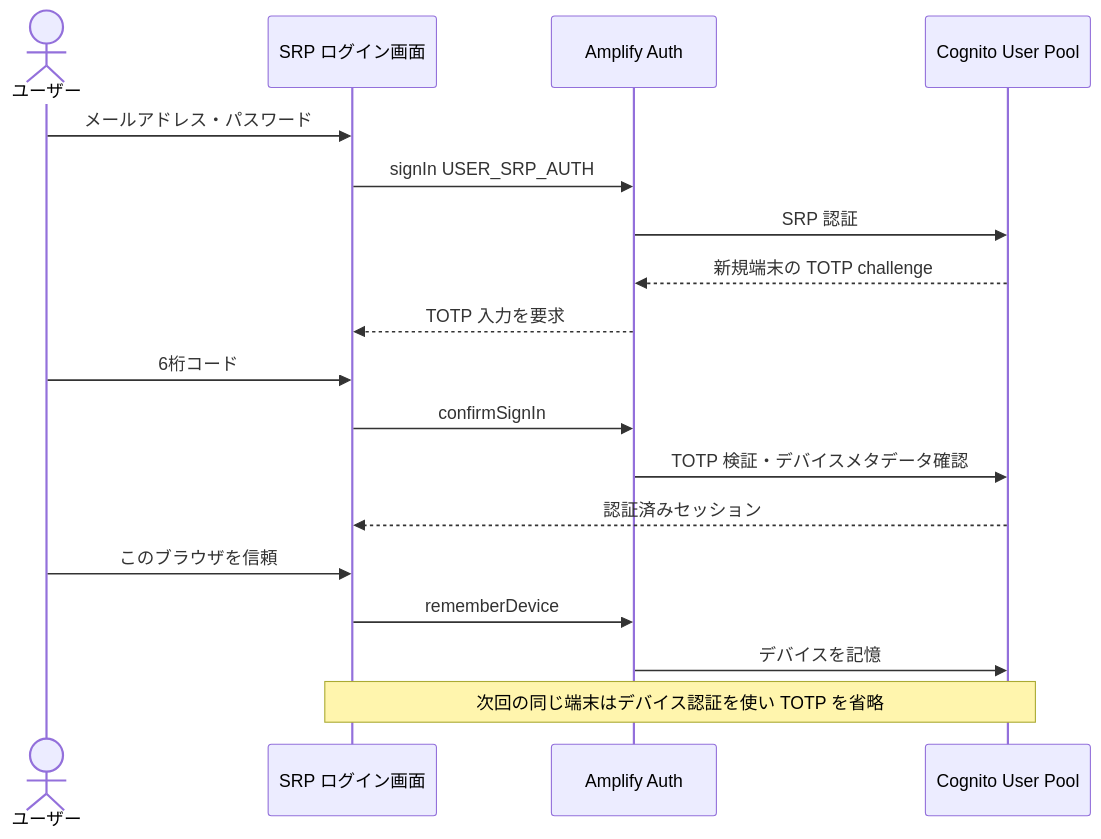
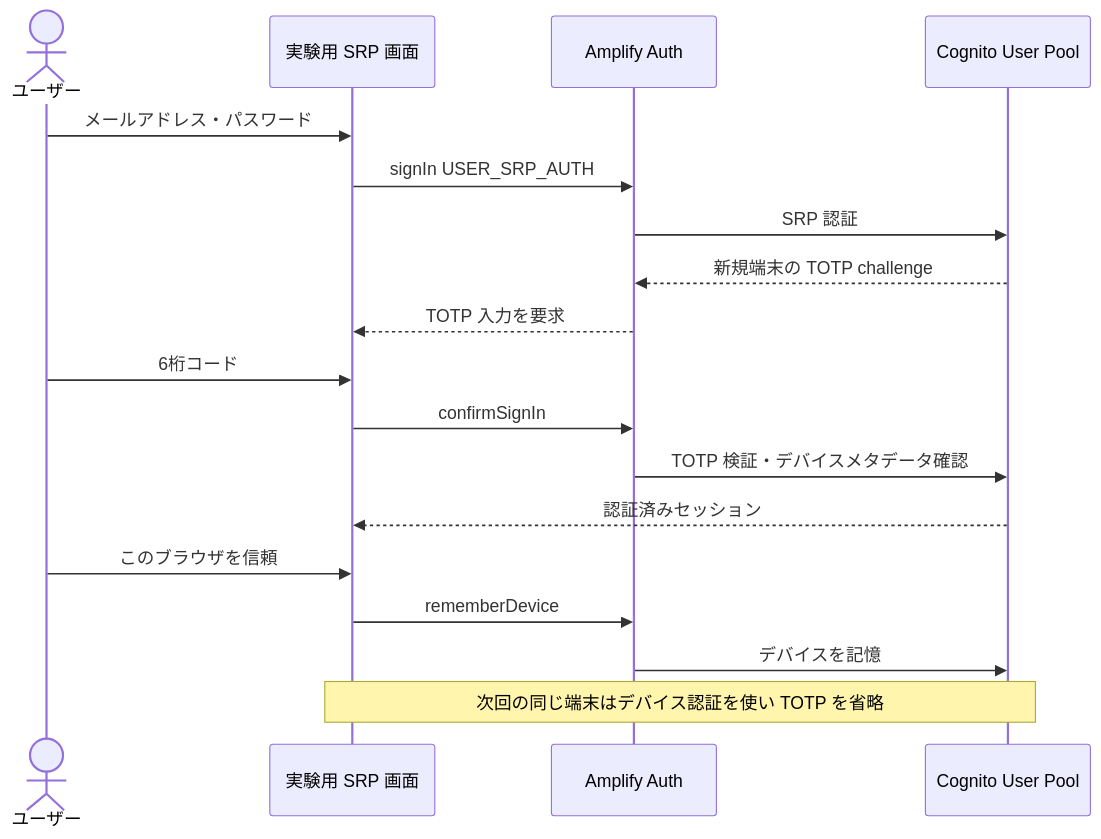
The diagram in docs/poc/008-trusted-device.md (tayutaedomo/react-cognito-sandbox), drawn with Mermaid before and after one commit. The commit also changed other lines of this file and 6 other files, not shown here.

````diff
--- a/docs/poc/008-trusted-device.md
+++ b/docs/poc/008-trusted-device.md
@@ -32,20 +32,20 @@
 ```mermaid
 sequenceDiagram
     actor User as ユーザー
-    participant UI as SRP ログイン画面
+    participant UI as 実験用 SRP 画面
     participant Amplify as Amplify Auth
     participant Cognito as Cognito User Pool
     User->>UI: メールアドレス・パスワード
     UI->>Amplify: signIn USER_SRP_AUTH
     Amplify->>Cognito: SRP 認証
     Cognito-->>Amplify: 新規端末の TOTP challenge
     Amplify-->>UI: TOTP 入力を要求
     User->>UI: 6桁コード
     UI->>Amplify: confirmSignIn
     Amplify->>Cognito: TOTP 検証・デバイスメタデータ確認
     Cognito-->>UI: 認証済みセッション
     User->>UI: このブラウザを信頼
     UI->>Amplify: rememberDevice
     Amplify->>Cognito: デバイスを記憶
     Note over UI,Cognito: 次回の同じ端末はデバイス認証を使い TOTP を省略
 ```
````
